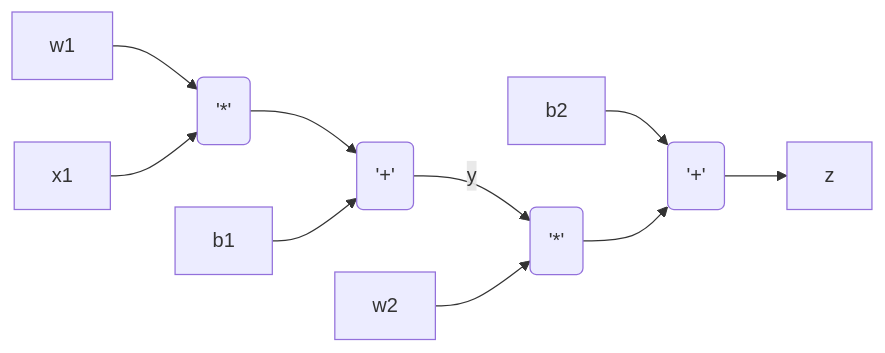
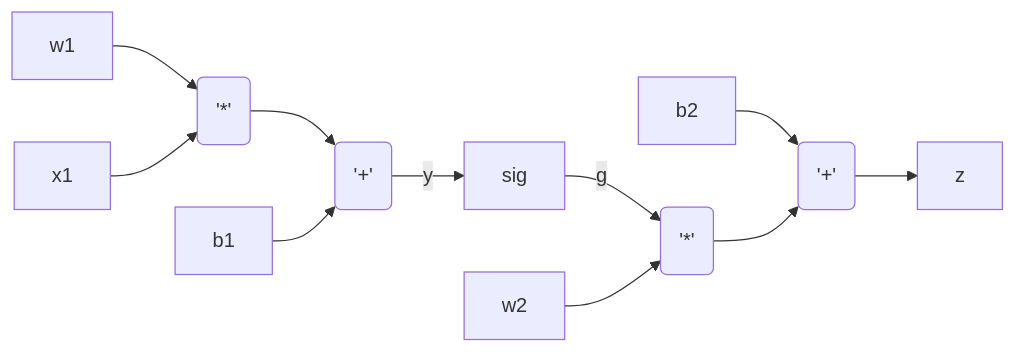
Before and after one commit to elaplas/autograd: the first of 5 diagrams in README.md, drawn with Mermaid. The commit also changed other lines of this file, not shown here.

````diff
--- a/README.md
+++ b/README.md
@@ -21,12 +35,13 @@
 ```mermaid
 graph LR
 A[w1] -->D('*') 
 B[x1] -->D('*')
 D('*') -->E('+')
 C[b1] --> E('+')
-E('+') --> |y| G('*')
+E('+') --> |y| S[sig]
+S[sig] --> |g| G('*')
 M[w2] -->G('*')
 N[b2] -->L('+')
 G('*') -->L('+')
 L('+') -->R[z]
 ```
````
